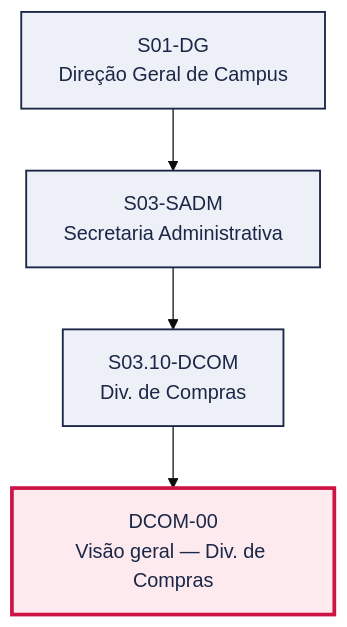
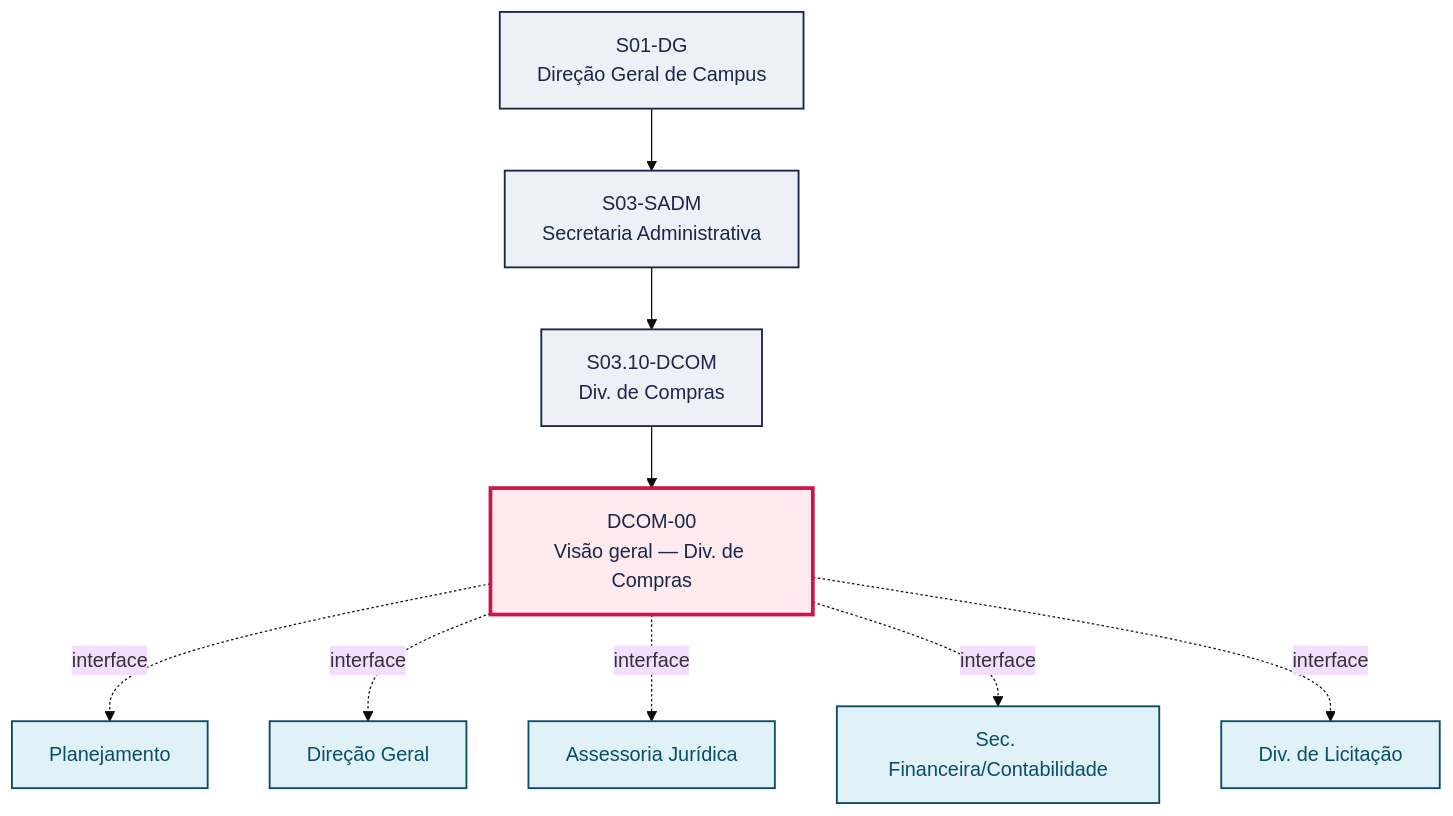
The first of 2 diagrams in pops/DCOM/DCOM-00.md (jessefers/canvas-vivo-atdg), drawn with Mermaid (base theme) before and after one commit. The commit also changed other lines of this file and 9 other files, not shown here.

````diff
--- a/pops/DCOM/DCOM-00.md
+++ b/pops/DCOM/DCOM-00.md
@@ -49,15 +56,26 @@
 ```mermaid
 graph TD
   S01_DG["S01-DG<br/>Direção Geral de Campus"]
   S03_SADM["S03-SADM<br/>Secretaria Administrativa"]
   S01_DG --> S03_SADM
   S03_10_DCOM["S03.10-DCOM<br/>Div. de Compras"]
   S03_SADM --> S03_10_DCOM
   P["DCOM-00<br/>Visão geral — Div. de Compras"]
   S03_10_DCOM --> P
+  V1["Planejamento"]
+  P -. interface .-> V1
+  V2["Direção Geral"]
+  P -. interface .-> V2
+  V3["Assessoria Jurídica"]
+  P -. interface .-> V3
+  V4["Sec. Financeira/Contabilidade"]
+  P -. interface .-> V4
+  V5["Div. de Licitação"]
+  P -. interface .-> V5
   classDef setor fill:#EEF0F7,stroke:#1B2747,stroke-width:1.5px,color:#1B2747
   classDef destaque fill:#FDEAEE,stroke:#CC1544,stroke-width:3px,color:#1B2747
   classDef vizinho fill:#E0F2F8,stroke:#0B4D66,stroke-width:1.5px,color:#0B4D66
   class S01_DG,S03_SADM,S03_10_DCOM setor
   class P destaque
+  class V1,V2,V3,V4,V5 vizinho
 ```
````
